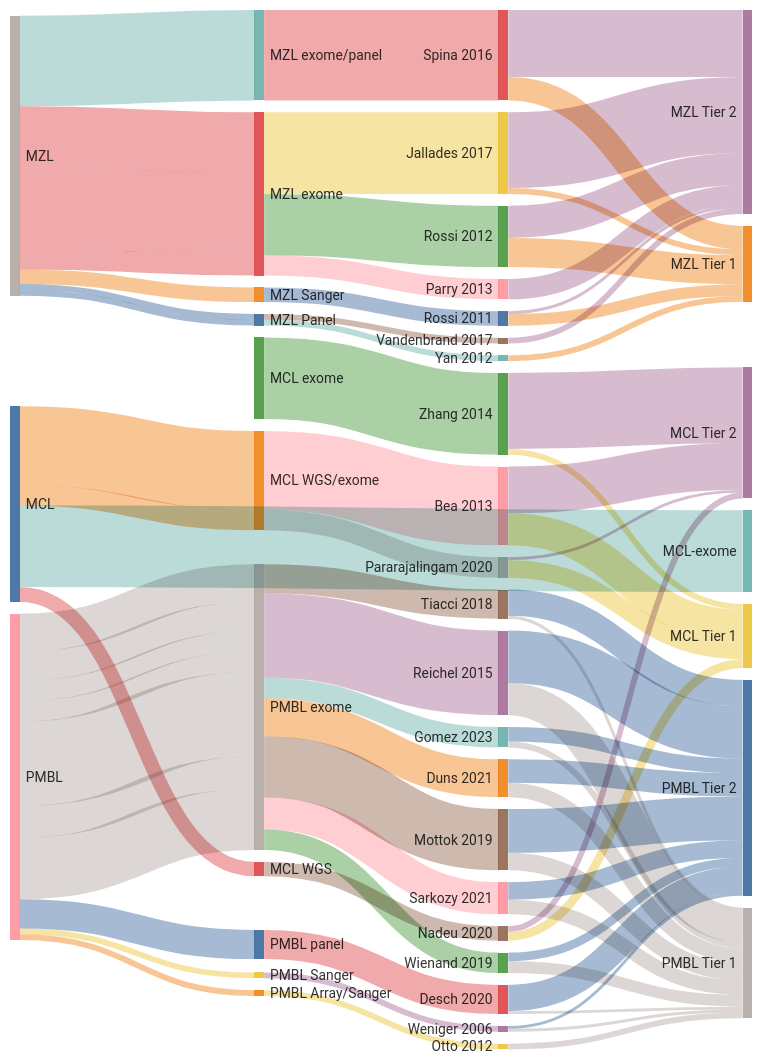
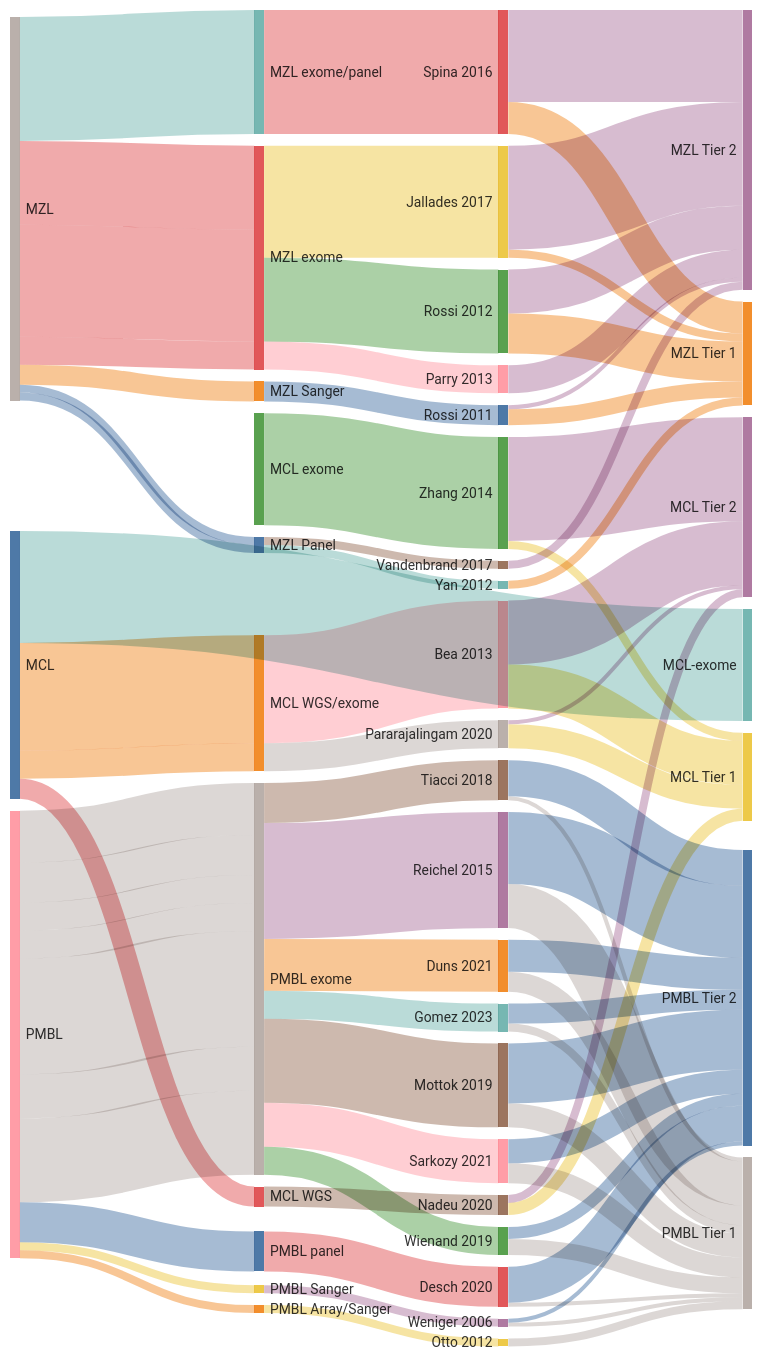
The second of 2 diagrams in Home.md (morinlab/lymphopedia), drawn with Mermaid before and after one commit. The commit also changed other lines of this file, not shown here.

```diff
--- a/Home.md
+++ b/Home.md
@@ -171,7 +172,7 @@
     showValues: false
     linkColor: target
     width: 750
-    height: 1050
+    height: 1350
     nodeAlignment: right
 ---
 sankey-beta
```
